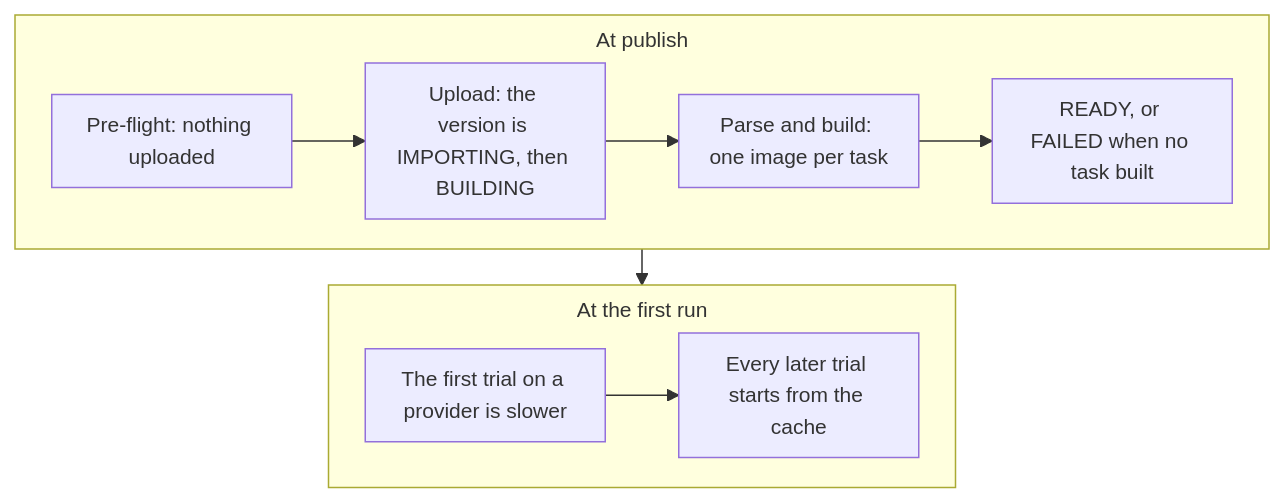
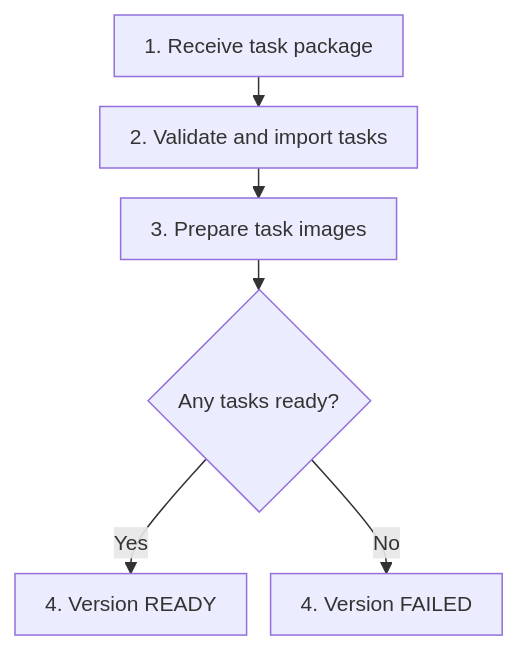
Before and after one commit to evolving-machines-lab/evolve: the diagram in docs-evals/core-concepts/datasets.mdx, drawn with Mermaid. The commit also changed other lines of this file and 235 other files, not shown here.

````diff
--- a/docs-evals/core-concepts/datasets.mdx
+++ b/docs-evals/core-concepts/datasets.mdx
@@ -78,15 +81,9 @@
 ```mermaid
-%%{init: {"themeVariables": {"fontSize": "14px", "fontFamily": "Google Sans Flex, sans-serif"}, "flowchart": {"nodeSpacing": 20, "rankSpacing": 24, "padding": 10, "wrappingWidth": 120, "subGraphTitleMargin": {"top": 6, "bottom": 6}}}}%%
+%%{init: {"flowchart": {"nodeSpacing": 16, "rankSpacing": 20, "padding": 10}, "themeVariables": {"fontSize": "14px", "fontFamily": "Google Sans Flex, sans-serif"}}}%%
 flowchart TB
-  subgraph PUB[At publish]
-    direction LR
-    P[Pre-flight: nothing uploaded] --> U[Upload: the version is IMPORTING, then BUILDING]
-    U --> B[Parse and build: one image per task]
-    B --> RD[READY, or FAILED when no task built]
-  end
-  subgraph RUN[At the first run]
-    direction LR
-    F[The first trial on a provider is slower] --> L[Every later trial starts from the cache]
-  end
-  PUB --> RUN
+  A["1. Receive task package"] --> B["2. Validate and import tasks"]
+  B --> C["3. Prepare task images"]
+  C --> D{"Any tasks ready?"}
+  D -->|Yes| E["4. Version READY"]
+  D -->|No| F["4. Version FAILED"]
 ```
````
